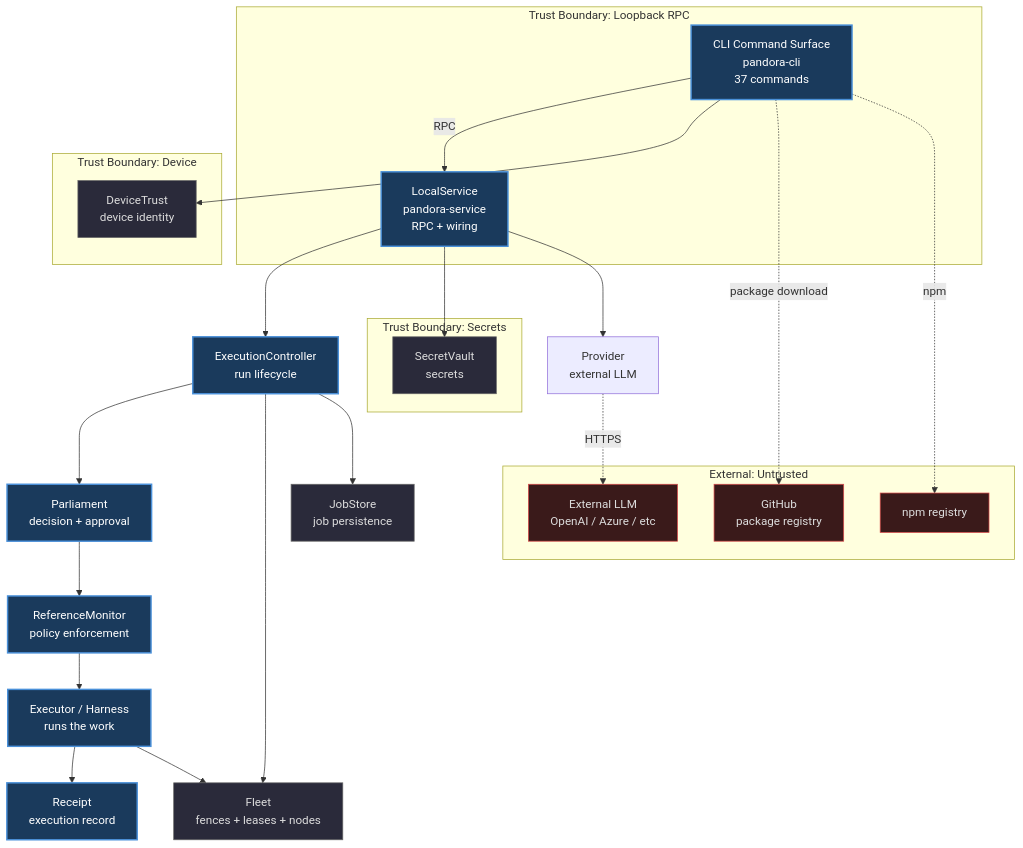
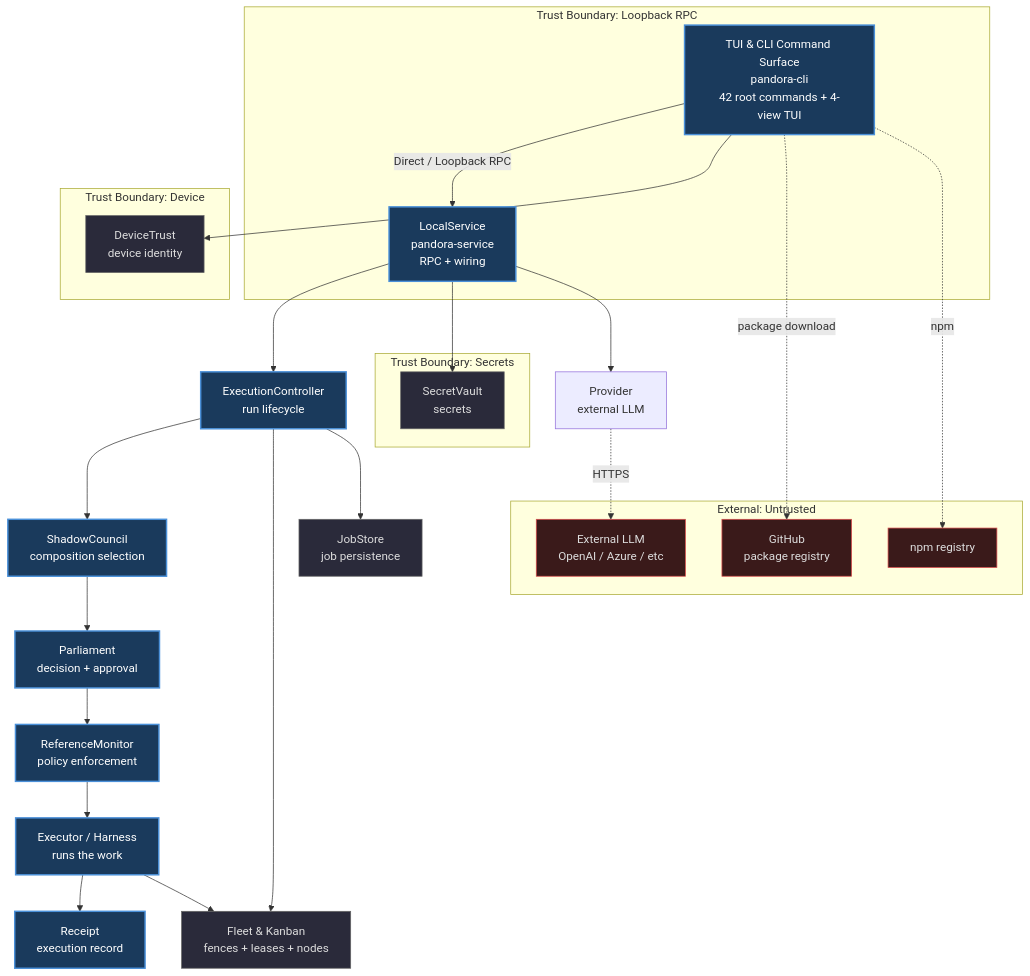
Before and after one commit to anisayakmitra-in/AGENT-PANDORA: the first of 2 diagrams in docs/ARCHITECTURE.md, drawn with Mermaid. The commit also changed other lines of this file and 12 other files, not shown here.

Commit message:
docs: overhaul README and architecture docs with Mermaid diagrams and updated TUI/CLI guide

````diff
--- a/docs/ARCHITECTURE.md
+++ b/docs/ARCHITECTURE.md
@@ -5,64 +5,66 @@
 ```mermaid
 flowchart TB
     %% ===== Core components =====
-    CLI["CLI Command Surface<br/>pandora-cli<br/>37 commands"]
+    CLI["TUI & CLI Command Surface<br/>pandora-cli<br/>42 root commands + 4-view TUI"]
     SVC["LocalService<br/>pandora-service<br/>RPC + wiring"]
     EC["ExecutionController<br/>run lifecycle"]
+    SC["ShadowCouncil<br/>composition selection"]
     PAR["Parliament<br/>decision + approval"]
     RM["ReferenceMonitor<br/>policy enforcement"]
     EX["Executor / Harness<br/>runs the work"]
     RCPT["Receipt<br/>execution record"]
-    FLEET["Fleet<br/>fences + leases + nodes"]
+    FLEET["Fleet & Kanban<br/>fences + leases + nodes"]
     JS["JobStore<br/>job persistence"]
     PROV["Provider<br/>external LLM"]
     SV["SecretVault<br/>secrets"]
     DT["DeviceTrust<br/>device identity"]
 
     %% ===== Primary path =====
-    CLI -->|"RPC"| SVC
+    CLI -->|"Direct / Loopback RPC"| SVC
     SVC --> EC
-    EC --> PAR
+    EC --> SC
+    SC --> PAR
     PAR --> RM
     RM --> EX
     EX --> RCPT
 
     %% ===== Supporting edges =====
     EC --> FLEET
     EC --> JS
     EX --> FLEET
     SVC --> SV
     CLI --> DT
     SVC --> PROV
 
     %% ===== External dependencies =====
     PROV -.->|"HTTPS"| EXT_LLM["External LLM<br/>OpenAI / Azure / etc"]
     CLI -.->|"package download"| EXT_GH["GitHub<br/>package registry"]
     CLI -.->|"npm"| EXT_NPM["npm registry"]
 
     %% ===== Trust boundaries =====
     subgraph TB1["Trust Boundary: Loopback RPC"]
         CLI
         SVC
     end
     subgraph TB2["Trust Boundary: Secrets"]
         SV
     end
     subgraph TB3["Trust Boundary: Device"]
         DT
     end
     subgraph TB4["External: Untrusted"]
         EXT_LLM
         EXT_GH
         EXT_NPM
     end
 
     %% ===== Styling =====
     classDef primary fill:#1a3a5c,stroke:#4a90d9,color:#fff,stroke-width:2px
     classDef support fill:#2a2a3a,stroke:#666,color:#ddd
     classDef external fill:#3a1a1a,stroke:#d94a4a,color:#ddd
     classDef boundary fill:#1a3a2a,stroke:#4ad98a,color:#ddd
 
-    class CLI,SVC,EC,PAR,RM,EX,RCPT primary
+    class CLI,SVC,EC,SC,PAR,RM,EX,RCPT primary
     class FLEET,JS,SV,DT support
     class EXT_LLM,EXT_GH,EXT_NPM external
 ```
````
